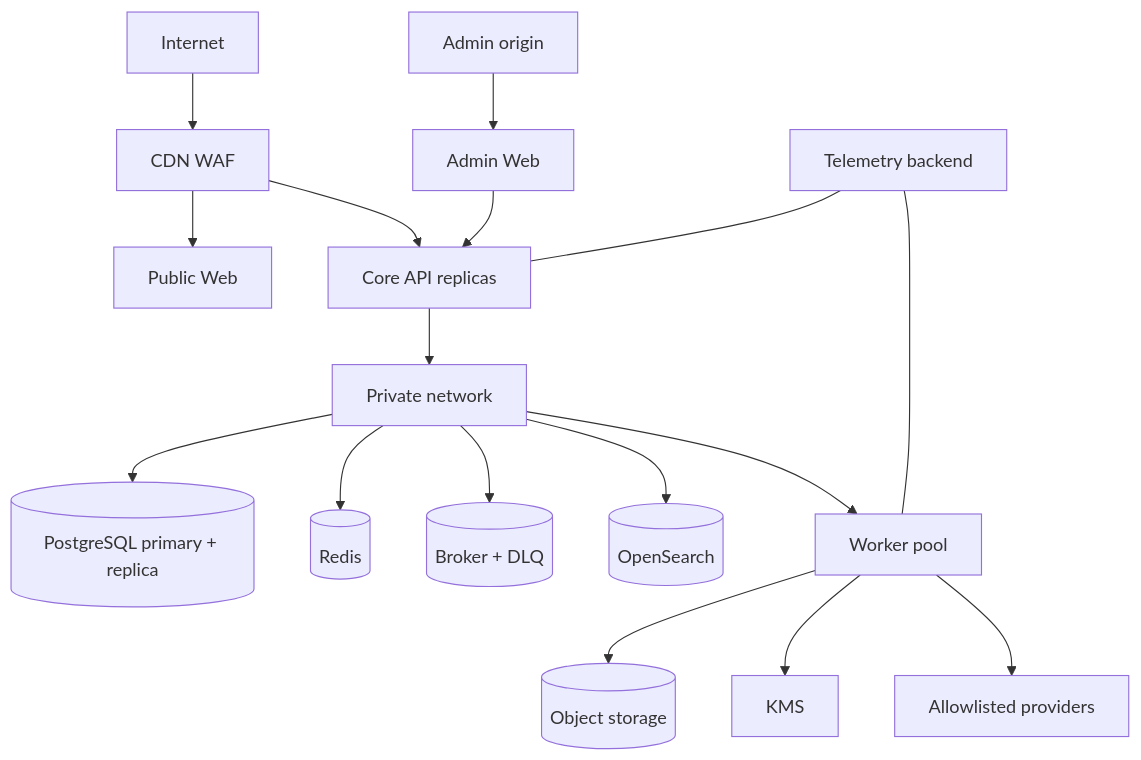
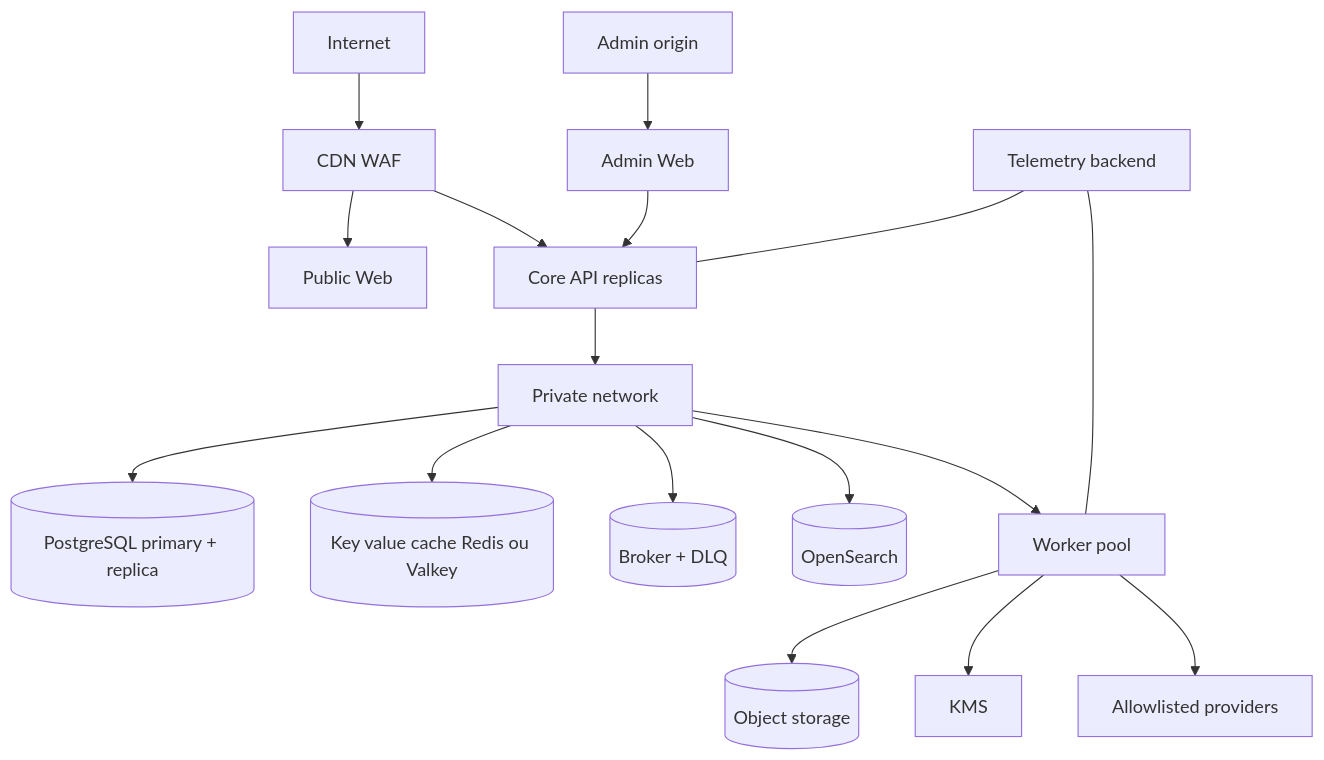
Diagram 23 of 34 in docs/02-UML-ARQUITETURA.md (ehrodan/MARKEPLACE), drawn with Mermaid before and after one commit. The commit also changed other lines of this file and 852 other files, not shown here.

````diff
--- a/docs/02-UML-ARQUITETURA.md
+++ b/docs/02-UML-ARQUITETURA.md
@@ -1060,19 +1491,19 @@
 ```mermaid
 flowchart TB
     Internet --> Edge[CDN WAF]
     Edge --> Public[Public Web]
     Edge --> API[Core API replicas]
     AdminNet[Admin origin] --> Admin[Admin Web]
     Admin --> API
     API --> Private[Private network]
     Private --> PG[(PostgreSQL primary + replica)]
-    Private --> Redis[(Redis)]
+    Private --> Redis[(Key value cache Redis ou Valkey)]
     Private --> Broker[(Broker + DLQ)]
     Private --> Search[(OpenSearch)]
     Private --> Workers[Worker pool]
     Workers --> Object[(Object storage)]
     Workers --> KMS[KMS]
     Workers --> External[Allowlisted providers]
     Observability[Telemetry backend] --- API
     Observability --- Workers
 ```
````
